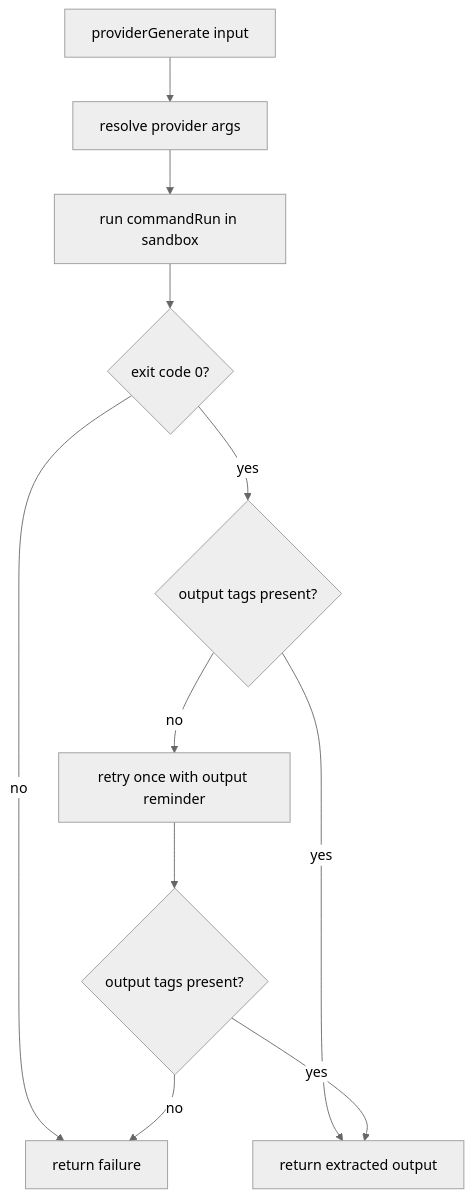
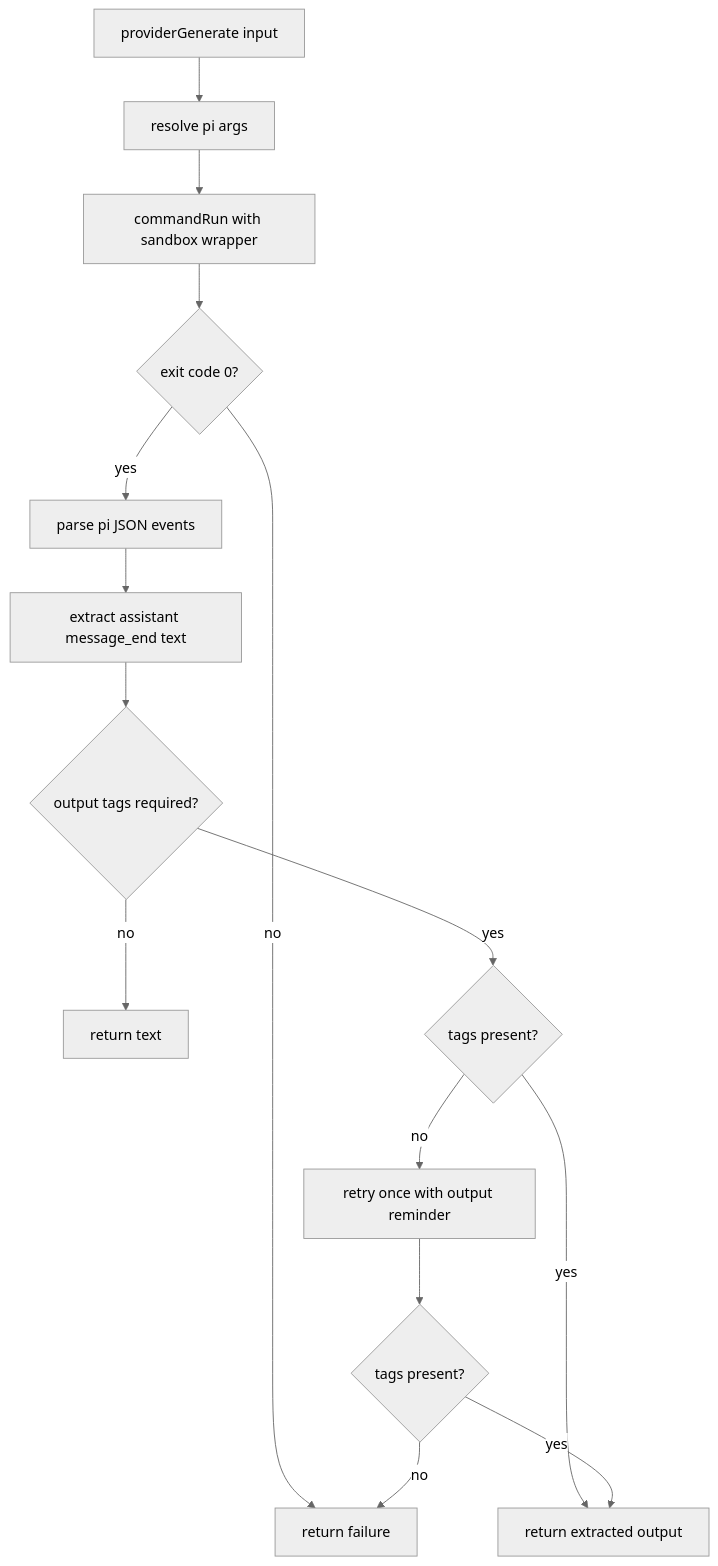
Before and after one commit to ex3ndr/holdmybeer: the diagram in doc/provider-generate.md, drawn with Mermaid (neutral theme). The commit also changed other lines of this file and 11 other files, not shown here.

````diff
--- a/doc/provider-generate.md
+++ b/doc/provider-generate.md
@@ -7,13 +7,17 @@
 ```mermaid
 flowchart TD
-  A[providerGenerate input] --> B[resolve provider args]
-  B --> C[run commandRun in sandbox]
+  A[providerGenerate input] --> B[resolve pi args]
+  B --> C[commandRun with sandbox wrapper]
   C --> D{exit code 0?}
   D -->|no| E[return failure]
-  D -->|yes| F{output tags present?}
-  F -->|yes| G[return extracted output]
-  F -->|no| H[retry once with output reminder]
-  H --> I{output tags present?}
-  I -->|no| E
-  I -->|yes| G
+  D -->|yes| F[parse pi JSON events]
+  F --> G[extract assistant message_end text]
+  G --> H{output tags required?}
+  H -->|no| I[return text]
+  H -->|yes| J{tags present?}
+  J -->|yes| K[return extracted output]
+  J -->|no| L[retry once with output reminder]
+  L --> M{tags present?}
+  M -->|yes| K
+  M -->|no| E
 ```
````
